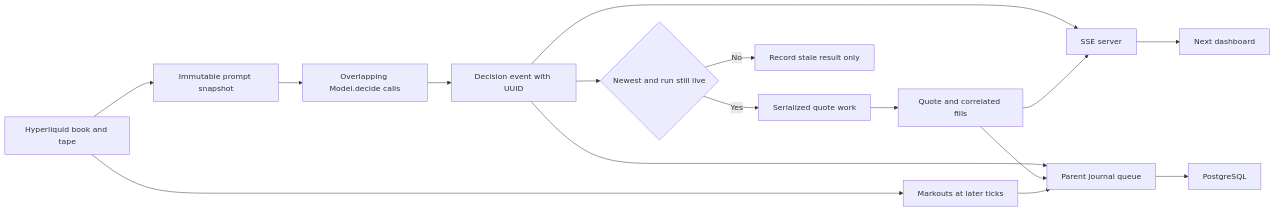
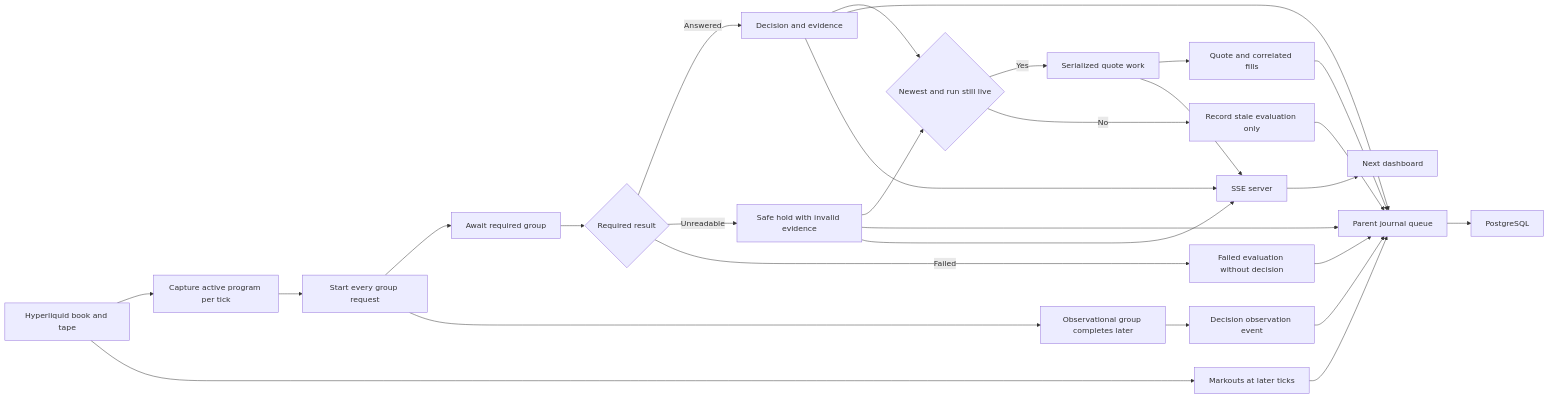
Before and after one commit to prime-optimal/jev-trade: the diagram in docs/architecture.md, drawn with Mermaid. The commit also changed other lines of this file and 6 other files, not shown here.

````diff
--- a/docs/architecture.md
+++ b/docs/architecture.md
@@ -52,18 +58,30 @@
 ```mermaid
 flowchart LR
-  A[Hyperliquid book and tape] --> B[Immutable prompt snapshot]
-  B --> C[Overlapping Model.decide calls]
-  C --> D[Decision event with UUID]
-  D --> E{Newest and run still live}
-  E -->|Yes| F[Serialized quote work]
-  E -->|No| G[Record stale result only]
-  F --> H[Quote and correlated fills]
-  D --> I[Parent journal queue]
-  H --> I
-  A --> J[Markouts at later ticks]
-  J --> I
-  I --> K[PostgreSQL]
-  D --> L[SSE server]
-  H --> L
-  L --> M[Next dashboard]
+  A[Hyperliquid book and tape] --> B[Capture active program per tick]
+  B --> C[Start every group request]
+  C --> D[Await required group]
+  D --> E{Required result}
+  E -->|Answered| F[Decision and evidence]
+  E -->|Unreadable| G[Safe hold with invalid evidence]
+  E -->|Failed| H[Failed evaluation without decision]
+  F --> I{Newest and run still live}
+  G --> I
+  I -->|Yes| J[Serialized quote work]
+  I -->|No| K[Record stale evaluation only]
+  J --> L[Quote and correlated fills]
+  C --> M[Observational group completes later]
+  M --> N[Decision observation event]
+  F --> O[Parent journal queue]
+  G --> O
+  H --> O
+  K --> O
+  N --> O
+  L --> O
+  A --> P[Markouts at later ticks]
+  P --> O
+  F --> Q[SSE server]
+  G --> Q
+  J --> Q
+  Q --> R[Next dashboard]
+  O --> S[PostgreSQL]
 ```
````
